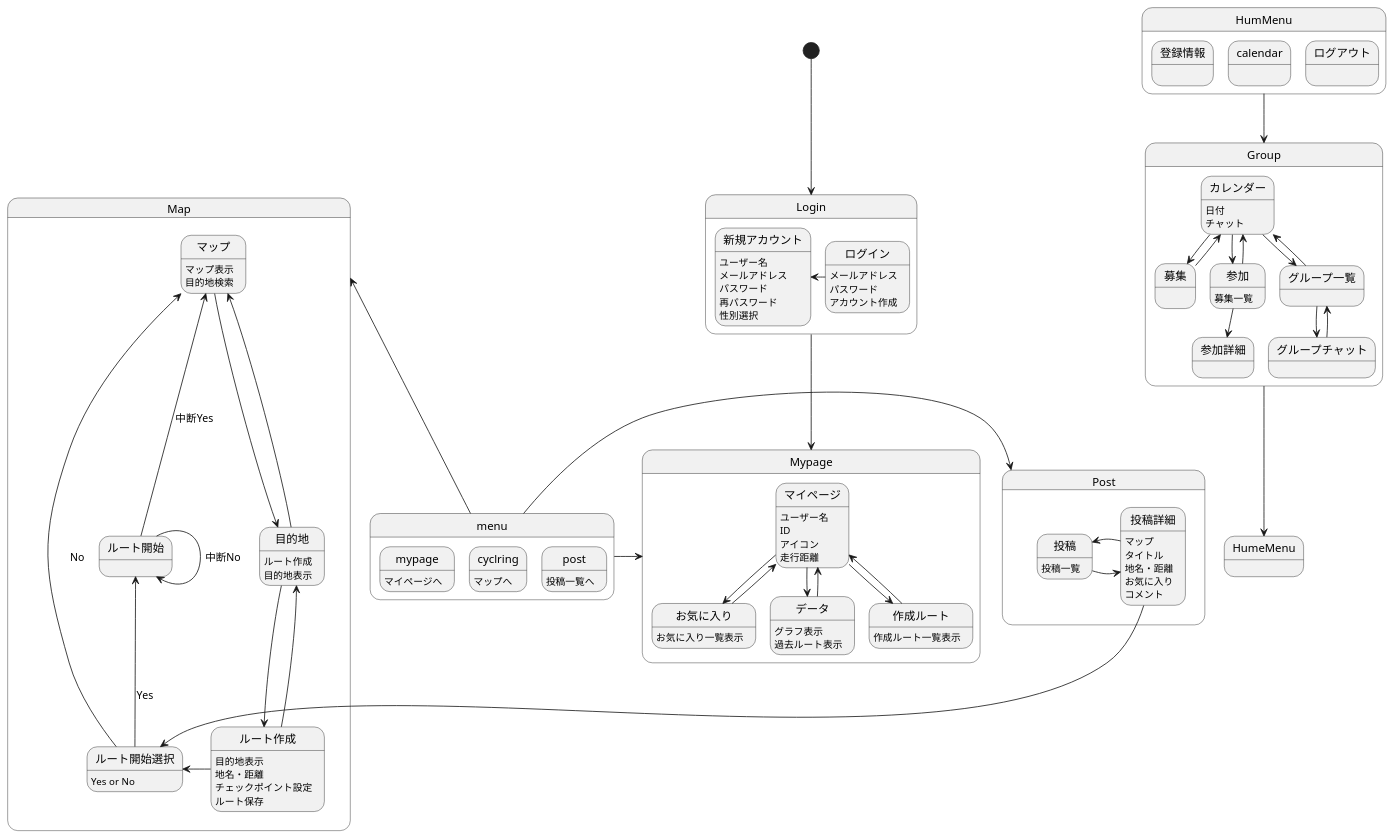
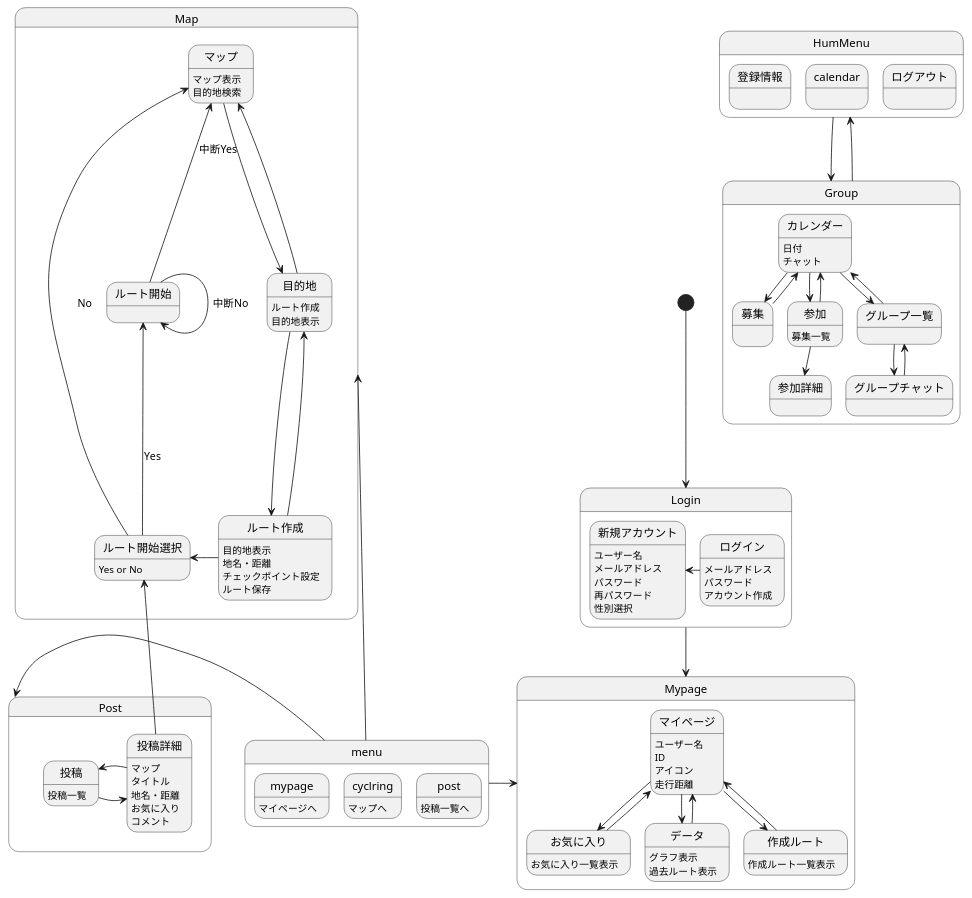
One commit to AsoSD3A3/CyclingSystem changed the diagram in 画面遷移図/gm.md. Above: the diagram before and after it, drawn with PlantUML.

```diff
--- a/画面遷移図/gm.md
+++ b/画面遷移図/gm.md
@@ -14,7 +14,7 @@
 }
 
 HumMenu-down->Group
-Group-->HumeMenu
+Group-->HumMenu
 
 state Group{
 カレンダー:日付
@@ -104,7 +104,7 @@
 投稿詳細:地名・距離
 投稿詳細:お気に入り
 投稿詳細:コメント
-投稿詳細-->ルート開始選択
+投稿詳細-up->ルート開始選択
 }
 
 @enduml
```
